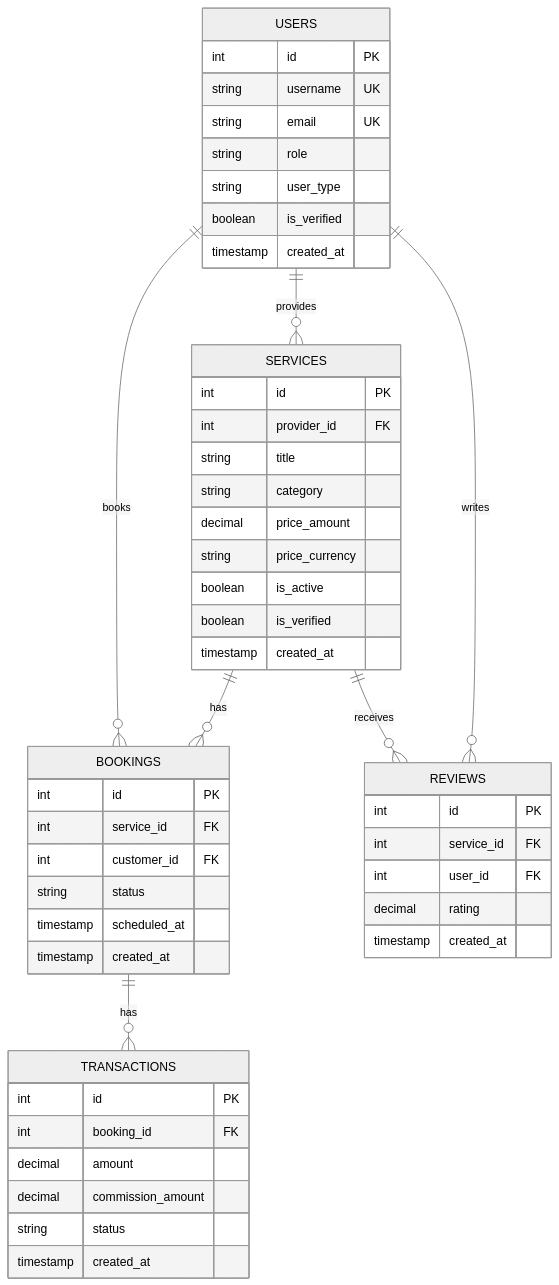
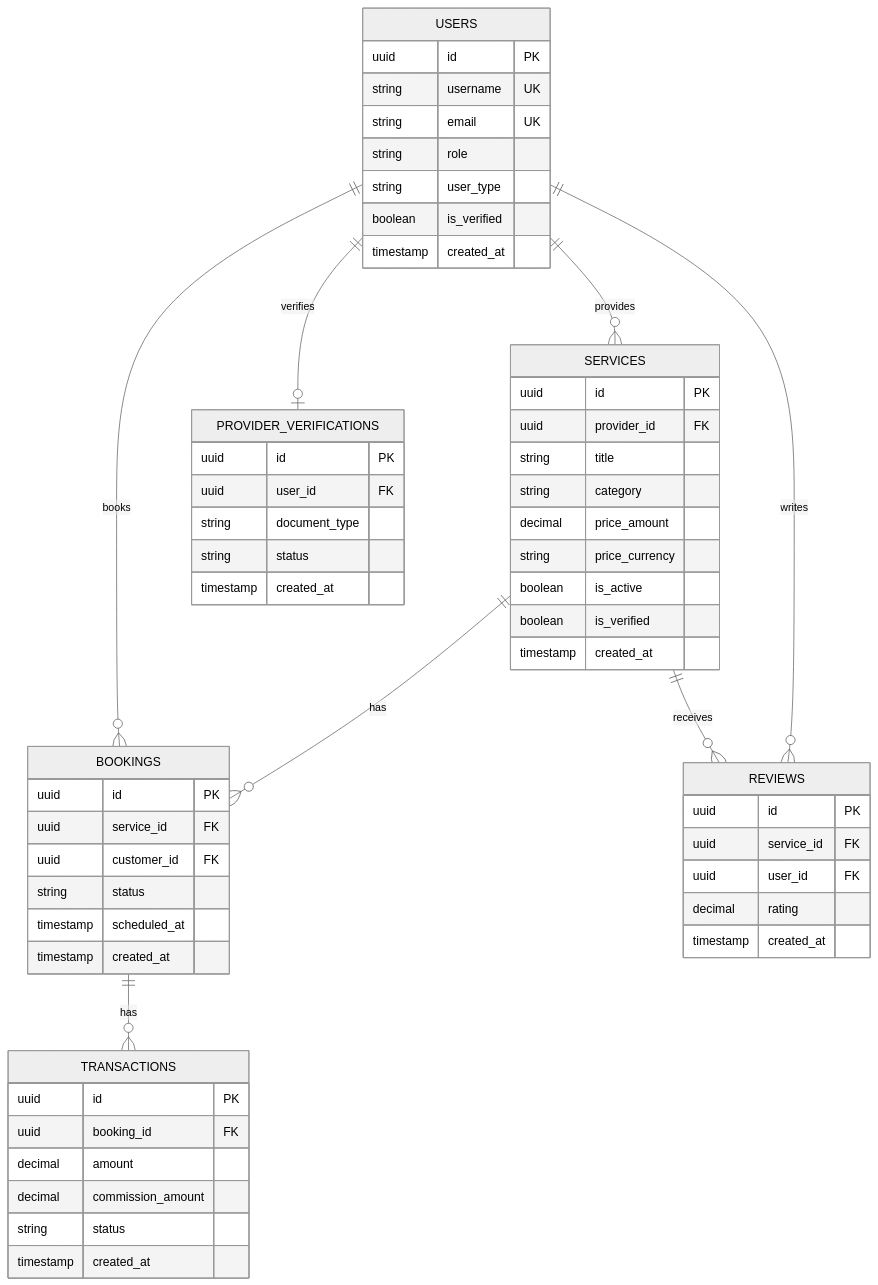
The diagram in docs/diagrams/DB_SCHEMA.md (fihry/Mouthouq), drawn with Mermaid (neutral theme) before and after one commit. The commit also changed other lines of this file and 4 other files, not shown here.

Commit message:
docs: update uploads, verification, and schema

````diff
--- a/docs/diagrams/DB_SCHEMA.md
+++ b/docs/diagrams/DB_SCHEMA.md
@@ -111,57 +130,66 @@
 ```mermaid
 erDiagram
     USERS ||--o{ SERVICES : provides
     USERS ||--o{ BOOKINGS : books
     SERVICES ||--o{ BOOKINGS : has
     SERVICES ||--o{ REVIEWS : receives
     USERS ||--o{ REVIEWS : writes
     BOOKINGS ||--o{ TRANSACTIONS : has
+    USERS ||--o| PROVIDER_VERIFICATIONS : verifies
 
     USERS {
-        int id PK
+        uuid id PK
         string username UK
         string email UK
         string role
         string user_type
         boolean is_verified
         timestamp created_at
     }
 
     SERVICES {
-        int id PK
-        int provider_id FK
+        uuid id PK
+        uuid provider_id FK
         string title
         string category
         decimal price_amount
         string price_currency
         boolean is_active
         boolean is_verified
         timestamp created_at
     }
 
     BOOKINGS {
-        int id PK
-        int service_id FK
-        int customer_id FK
+        uuid id PK
+        uuid service_id FK
+        uuid customer_id FK
         string status
         timestamp scheduled_at
         timestamp created_at
     }
 
     REVIEWS {
-        int id PK
-        int service_id FK
-        int user_id FK
+        uuid id PK
+        uuid service_id FK
+        uuid user_id FK
         decimal rating
         timestamp created_at
     }
 
     TRANSACTIONS {
-        int id PK
-        int booking_id FK
+        uuid id PK
+        uuid booking_id FK
         decimal amount
         decimal commission_amount
         string status
         timestamp created_at
     }
+
+    PROVIDER_VERIFICATIONS {
+        uuid id PK
+        uuid user_id FK
+        string document_type
+        string status
+        timestamp created_at
+    }
 ```
````
